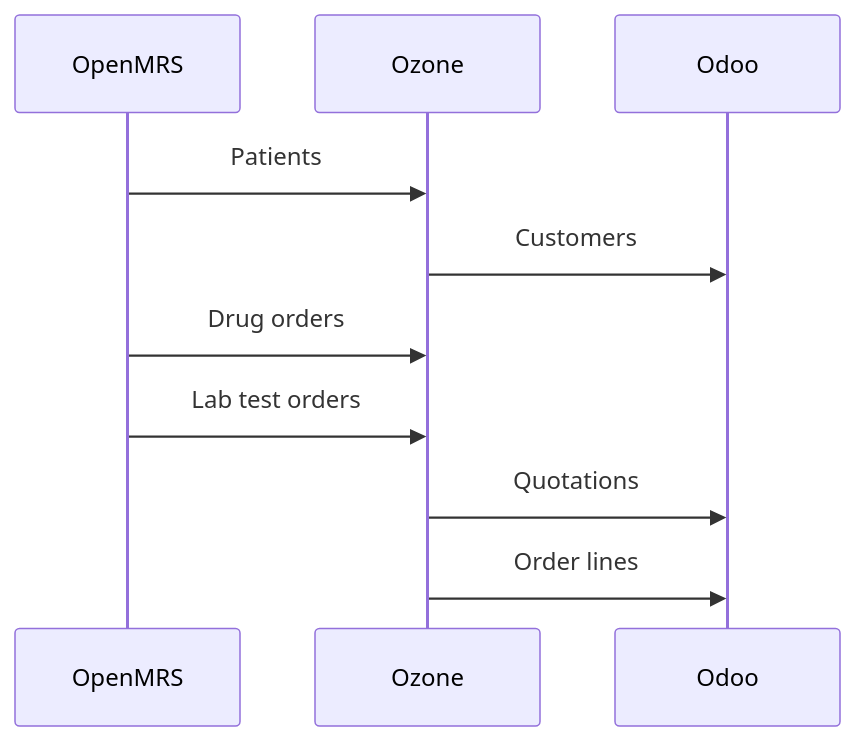
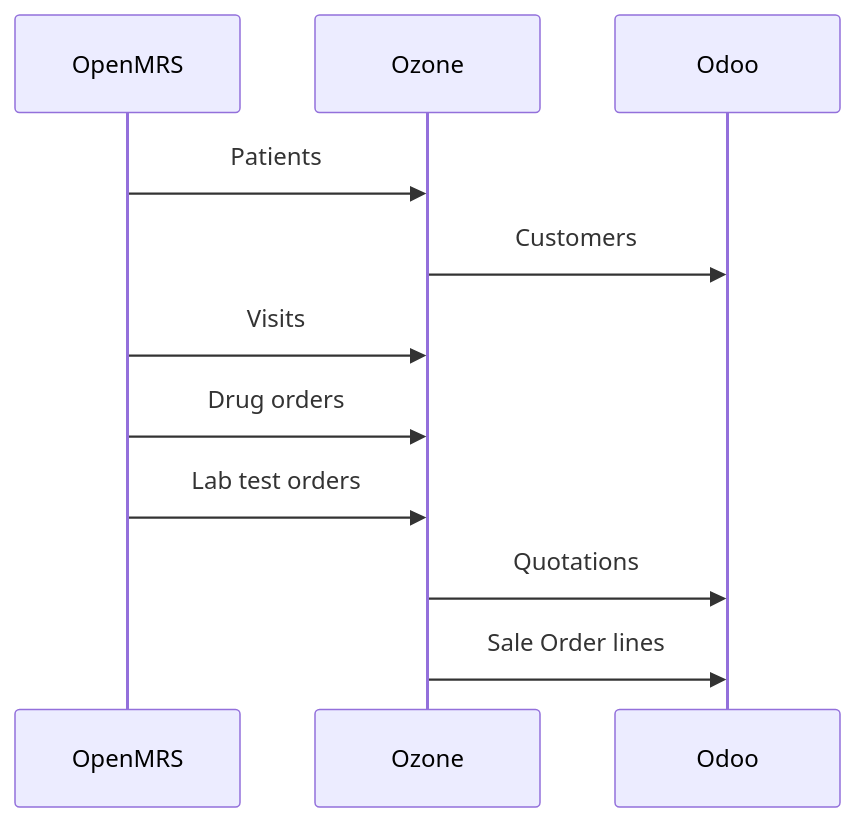
Before and after one commit to ozone-his/ozone-docs: the first of 6 diagrams in docs/users/odoo-openmrs.md, drawn with Mermaid. The commit also changed other lines of this file, not shown here.

Commit message:
OZ-545: Update odoo-openmrs flow documentation

````diff
--- a/docs/users/odoo-openmrs.md
+++ b/docs/users/odoo-openmrs.md
@@ -5,12 +5,13 @@
 ``` mermaid
     sequenceDiagram
         participant OpenMRS
         participant Ozone
         participant Odoo
         OpenMRS->>Ozone: Patients
         Ozone->>Odoo: Customers
+        OpenMRS->>Ozone: Visits
         OpenMRS->>Ozone: Drug orders
         OpenMRS->>Ozone: Lab test orders
         Ozone->>Odoo: Quotations
-        Ozone->>Odoo: Order lines
+        Ozone->>Odoo: Sale Order lines
 ```
````
